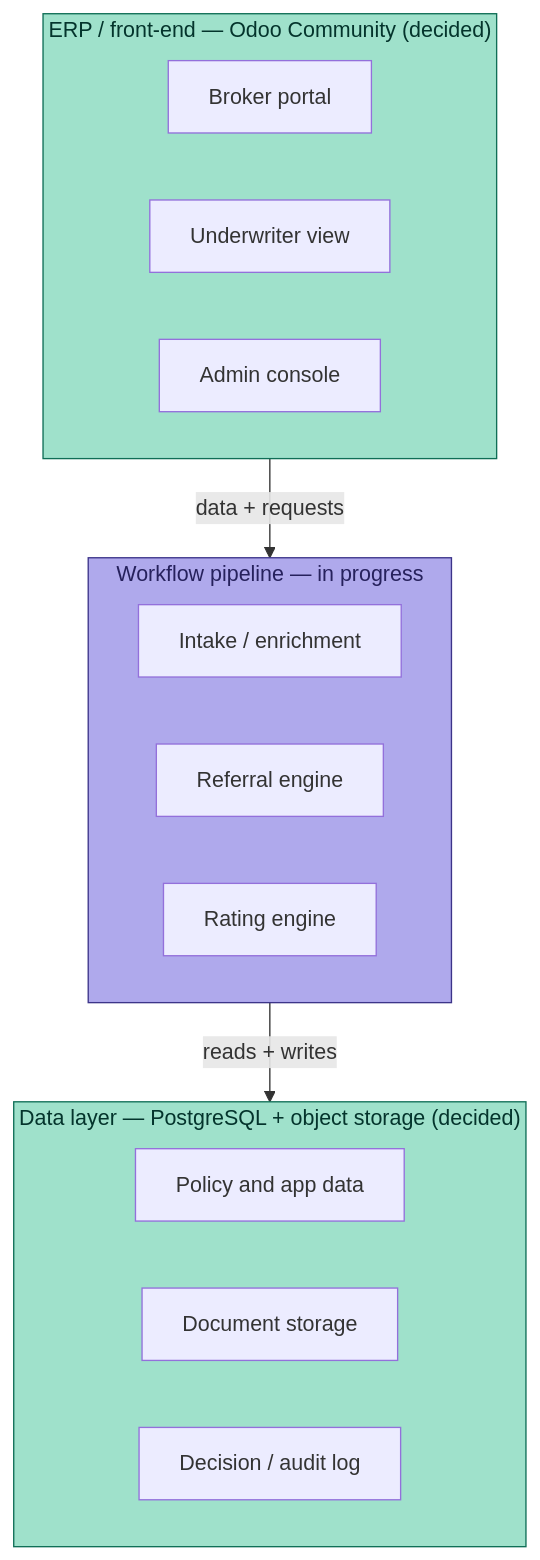
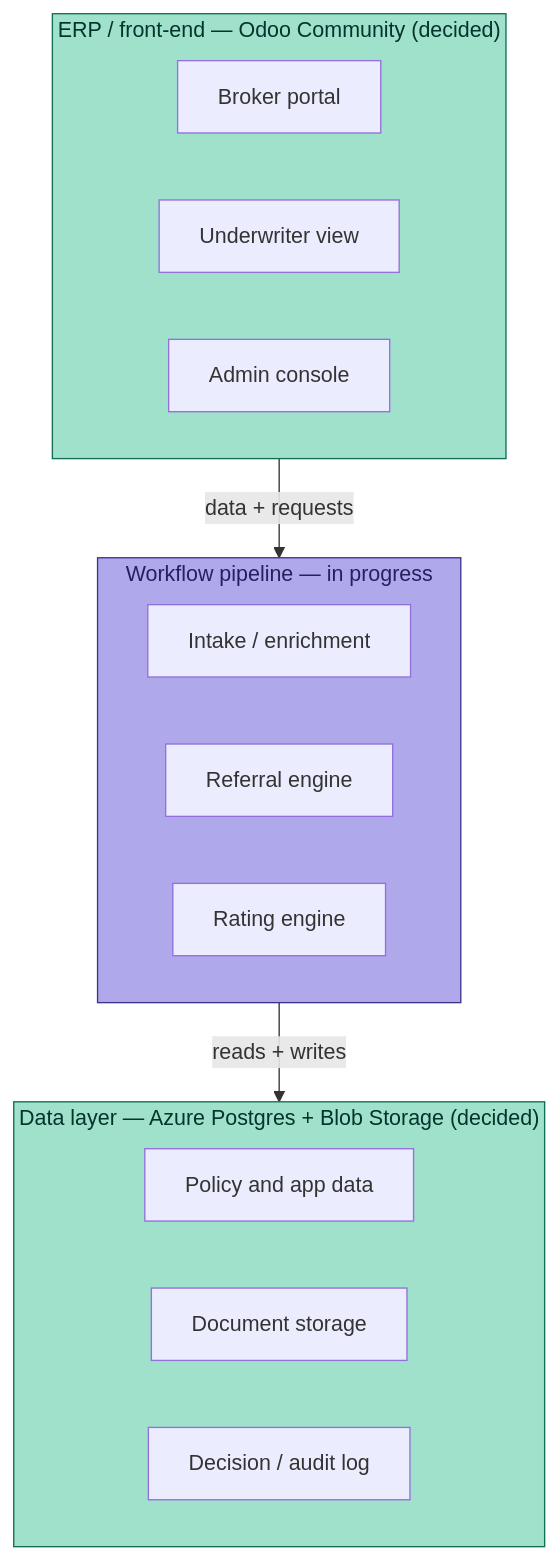
Before and after one commit to jrbroedel/ai-ins-full-company: the diagram in README.md, drawn with Mermaid. The commit also changed other lines of this file and 2 other files, not shown here.

First line of the commit message:
Standardize cloud provider on Azure (not AWS/GCP)

````diff
--- a/README.md
+++ b/README.md
@@ -9,30 +9,30 @@
 ```mermaid
 flowchart TD
     subgraph ERP["ERP / front-end — Odoo Community (decided)"]
         direction LR
         BP[Broker portal]
         UW[Underwriter view]
         AC[Admin console]
     end
 
     subgraph WF["Workflow pipeline — in progress"]
         direction LR
         IE[Intake / enrichment]
         RE[Referral engine]
         RT[Rating engine]
     end
 
-    subgraph DL["Data layer — PostgreSQL + object storage (decided)"]
+    subgraph DL["Data layer — Azure Postgres + Blob Storage (decided)"]
         direction LR
         PA[Policy and app data]
         DS[Document storage]
         DA[Decision / audit log]
     end
 
     ERP -->|data + requests| WF
     WF -->|reads + writes| DL
 
     style ERP fill:#9FE1CB,stroke:#0F6E56,color:#04342C
     style DL fill:#9FE1CB,stroke:#0F6E56,color:#04342C
     style WF fill:#AFA9EC,stroke:#3C3489,color:#26215C
 ```
````
